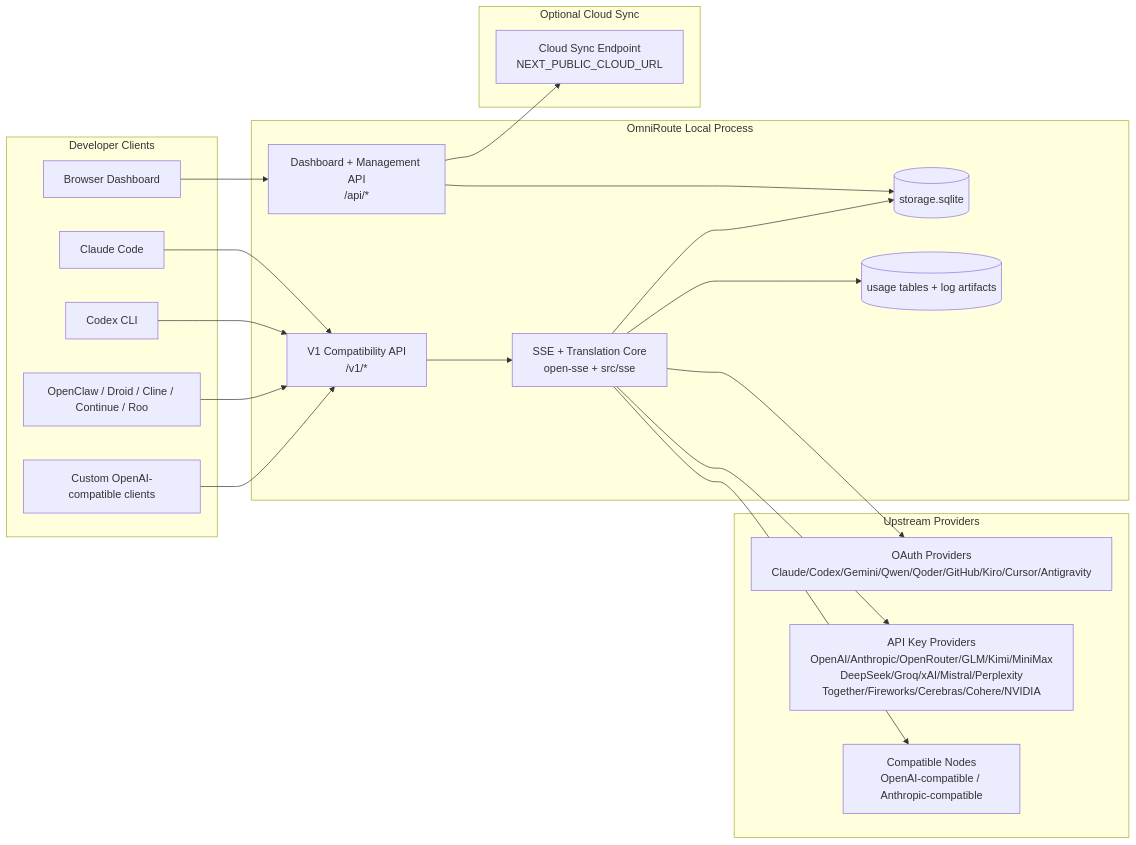
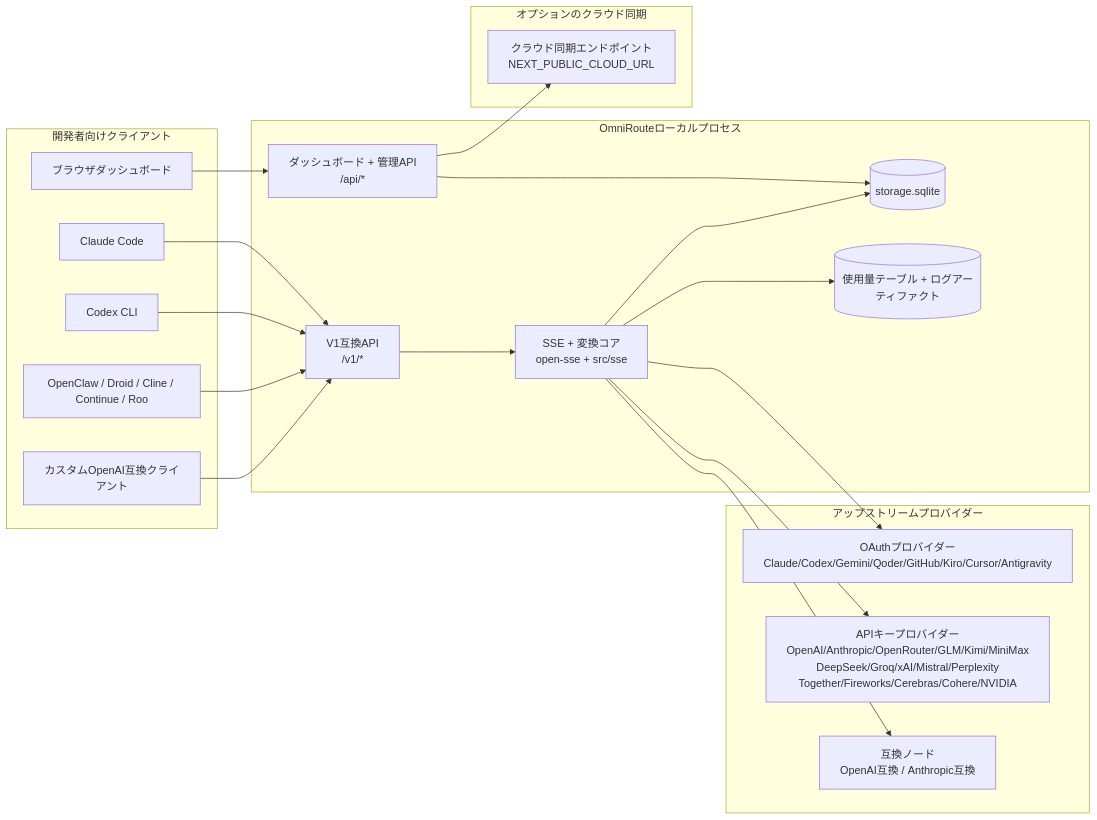
The first of 7 diagrams in docs/i18n/ja/docs/architecture/ARCHITECTURE.md (Abhijeet1520/OmniRoute), drawn with Mermaid before and after one commit. The commit also changed other lines of this file and 1154 other files, not shown here.

````diff
--- a/docs/i18n/ja/docs/architecture/ARCHITECTURE.md
+++ b/docs/i18n/ja/docs/architecture/ARCHITECTURE.md
@@ -121,45 +157,45 @@
 ```mermaid
 flowchart LR
-    subgraph Clients[Developer Clients]
+    subgraph Clients[開発者向けクライアント]
         C1[Claude Code]
         C2[Codex CLI]
         C3[OpenClaw / Droid / Cline / Continue / Roo]
-        C4[Custom OpenAI-compatible clients]
-        BROWSER[Browser Dashboard]
+        C4[カスタムOpenAI互換クライアント]
+        BROWSER[ブラウザダッシュボード]
     end
 
-    subgraph Router[OmniRoute Local Process]
-        API[V1 Compatibility API\n/v1/*]
-        DASH[Dashboard + Management API\n/api/*]
-        CORE[SSE + Translation Core\nopen-sse + src/sse]
+    subgraph Router[OmniRouteローカルプロセス]
+        API[V1互換API\n/v1/*]
+        DASH[ダッシュボード + 管理API\n/api/*]
+        CORE[SSE + 変換コア\nopen-sse + src/sse]
         DB[(storage.sqlite)]
-        UDB[(usage tables + log artifacts)]
+        UDB[(使用量テーブル + ログアーティファクト)]
     end
 
-    subgraph Upstreams[Upstream Providers]
-        P1[OAuth Providers\nClaude/Codex/Gemini/Qwen/Qoder/GitHub/Kiro/Cursor/Antigravity]
-        P2[API Key Providers\nOpenAI/Anthropic/OpenRouter/GLM/Kimi/MiniMax\nDeepSeek/Groq/xAI/Mistral/Perplexity\nTogether/Fireworks/Cerebras/Cohere/NVIDIA]
-        P3[Compatible Nodes\nOpenAI-compatible / Anthropic-compatible]
+    subgraph Upstreams[アップストリームプロバイダー]
+        P1[OAuthプロバイダー\nClaude/Codex/Gemini/Qoder/GitHub/Kiro/Cursor/Antigravity]
+        P2[APIキープロバイダー\nOpenAI/Anthropic/OpenRouter/GLM/Kimi/MiniMax\nDeepSeek/Groq/xAI/Mistral/Perplexity\nTogether/Fireworks/Cerebras/Cohere/NVIDIA]
+        P3[互換ノード\nOpenAI互換 / Anthropic互換]
     end
 
-    subgraph Cloud[Optional Cloud Sync]
-        CLOUD[Cloud Sync Endpoint\nNEXT_PUBLIC_CLOUD_URL]
+    subgraph Cloud[オプションのクラウド同期]
+        CLOUD[クラウド同期エンドポイント\nNEXT_PUBLIC_CLOUD_URL]
     end
 
     C1 --> API
     C2 --> API
     C3 --> API
     C4 --> API
     BROWSER --> DASH
 
     API --> CORE
     DASH --> DB
     CORE --> DB
     CORE --> UDB
 
     CORE --> P1
     CORE --> P2
     CORE --> P3
 
     DASH --> CLOUD
 ```
````
